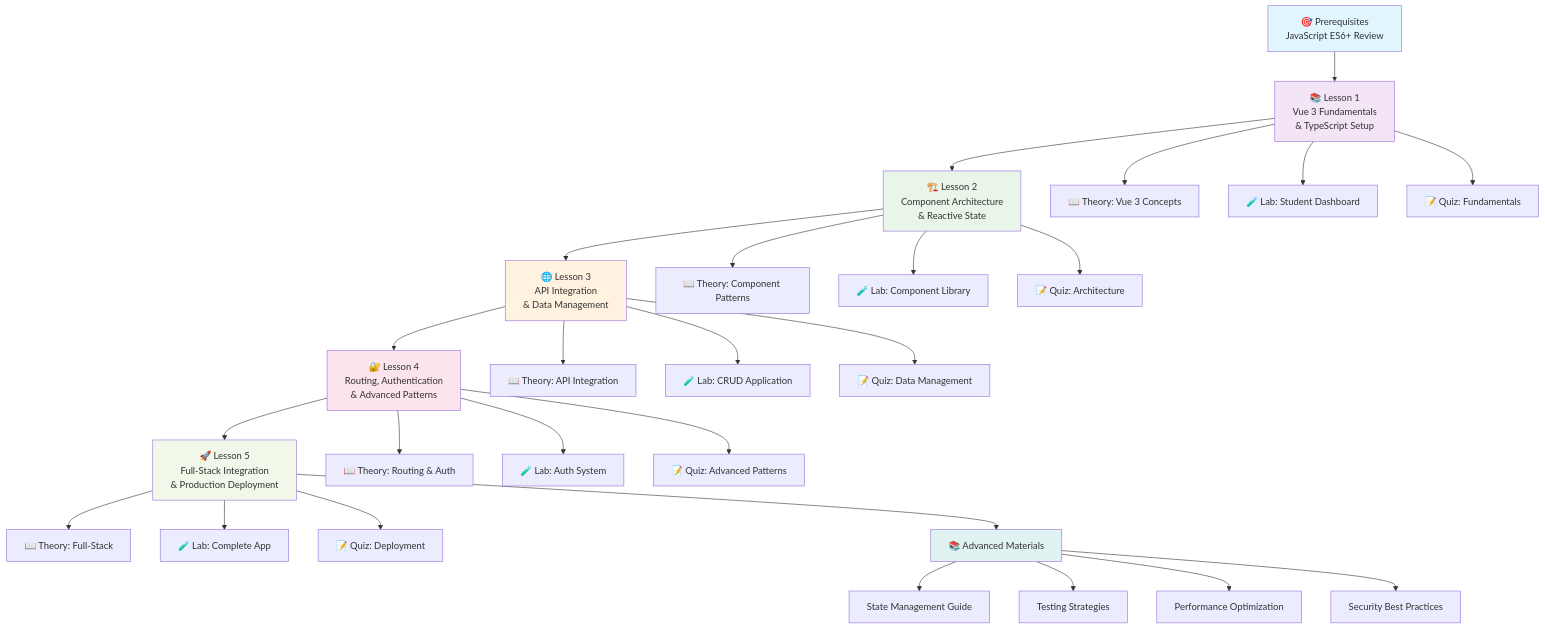
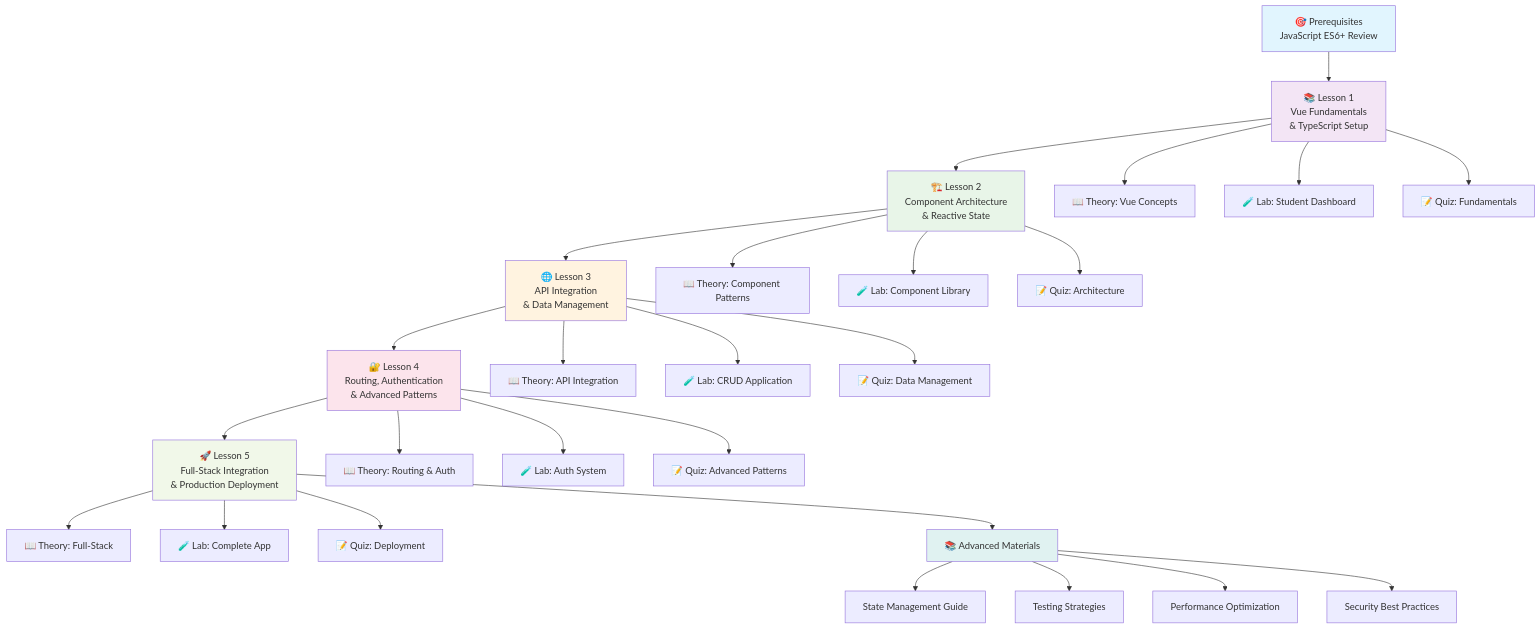
The first of 3 diagrams in diagrams/course-roadmap.md (longndt/vue-course), drawn with Mermaid before and after one commit. The commit also changed other lines of this file and 88 other files, not shown here.

````diff
--- a/diagrams/course-roadmap.md
+++ b/diagrams/course-roadmap.md
@@ -7,43 +7,43 @@
 ```mermaid
 graph TD
-    A[🎯 Prerequisites<br/>JavaScript ES6+ Review] --> B[📚 Lesson 1<br/>Vue 3 Fundamentals<br/>& TypeScript Setup]
+    A[🎯 Prerequisites<br/>JavaScript ES6+ Review] --> B[📚 Lesson 1<br/>Vue Fundamentals<br/>& TypeScript Setup]
     B --> C[🏗️ Lesson 2<br/>Component Architecture<br/>& Reactive State]
     C --> D[🌐 Lesson 3<br/>API Integration<br/>& Data Management]
     D --> E[🔐 Lesson 4<br/>Routing, Authentication<br/>& Advanced Patterns]
     E --> F[🚀 Lesson 5<br/>Full-Stack Integration<br/>& Production Deployment]
 
-    B --> B1[📖 Theory: Vue 3 Concepts]
+    B --> B1[📖 Theory: Vue Concepts]
     B --> B2[🧪 Lab: Student Dashboard]
     B --> B3[📝 Quiz: Fundamentals]
 
     C --> C1[📖 Theory: Component Patterns]
     C --> C2[🧪 Lab: Component Library]
     C --> C3[📝 Quiz: Architecture]
 
     D --> D1[📖 Theory: API Integration]
     D --> D2[🧪 Lab: CRUD Application]
     D --> D3[📝 Quiz: Data Management]
 
     E --> E1[📖 Theory: Routing & Auth]
     E --> E2[🧪 Lab: Auth System]
     E --> E3[📝 Quiz: Advanced Patterns]
 
     F --> F1[📖 Theory: Full-Stack]
     F --> F2[🧪 Lab: Complete App]
     F --> F3[📝 Quiz: Deployment]
 
     G[📚 Advanced Materials] --> G1[State Management Guide]
     G --> G2[Testing Strategies]
     G --> G3[Performance Optimization]
     G --> G4[Security Best Practices]
 
     F --> G
 
     style A fill:#e1f5fe
     style B fill:#f3e5f5
     style C fill:#e8f5e8
     style D fill:#fff3e0
     style E fill:#fce4ec
     style F fill:#f1f8e9
     style G fill:#e0f2f1
 ```
````
